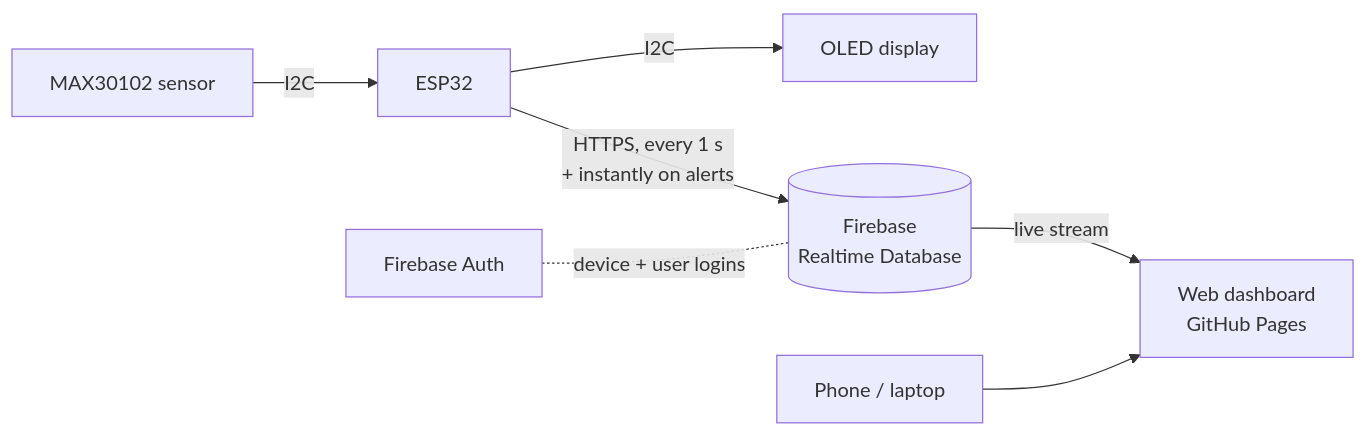
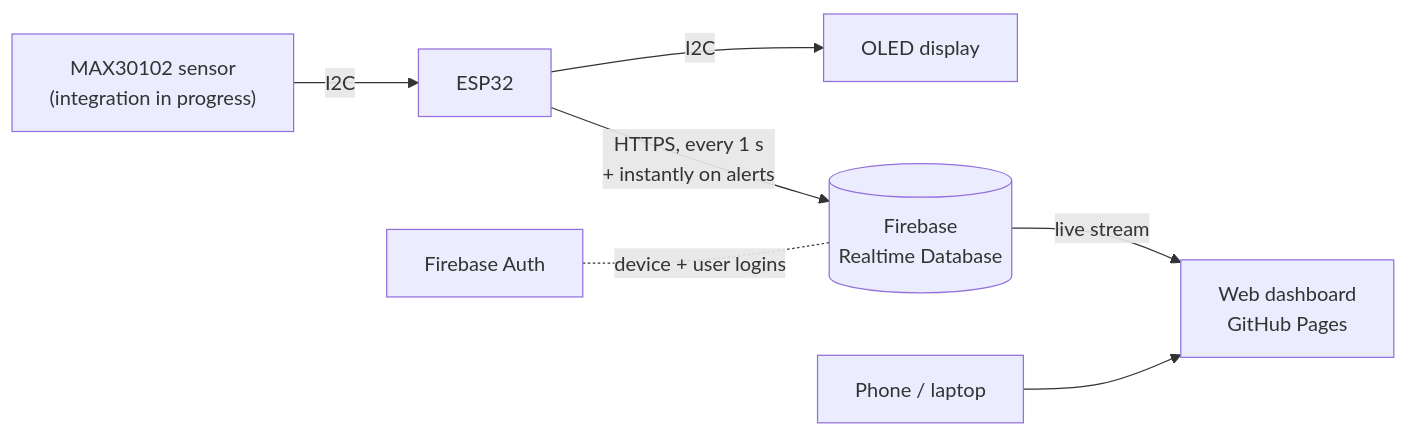
One commit to ImNottMoee/PulseNode changed the diagram in README.md. Above: the diagram before and after it, drawn with Mermaid. The commit also changed other lines of this file, not shown here.

First line of the commit message:
Update README: accuracy fixes, wiring/changelog links, phased roadmap

````diff
--- a/README.md
+++ b/README.md
@@ -39,9 +39,9 @@
 ```mermaid
 flowchart LR
-    S[MAX30102 sensor] -- I2C --> E[ESP32]
+    S["MAX30102 sensor<br/>(integration in progress)"] -- I2C --> E[ESP32]
     E -- I2C --> O[OLED display]
     E -- "HTTPS, every 1 s<br/>+ instantly on alerts" --> F[(Firebase<br/>Realtime Database)]
     A[Firebase Auth] -. device + user logins .- F
     F -- live stream --> D[Web dashboard<br/>GitHub Pages]
     U[Phone / laptop] --> D
 ```
````
